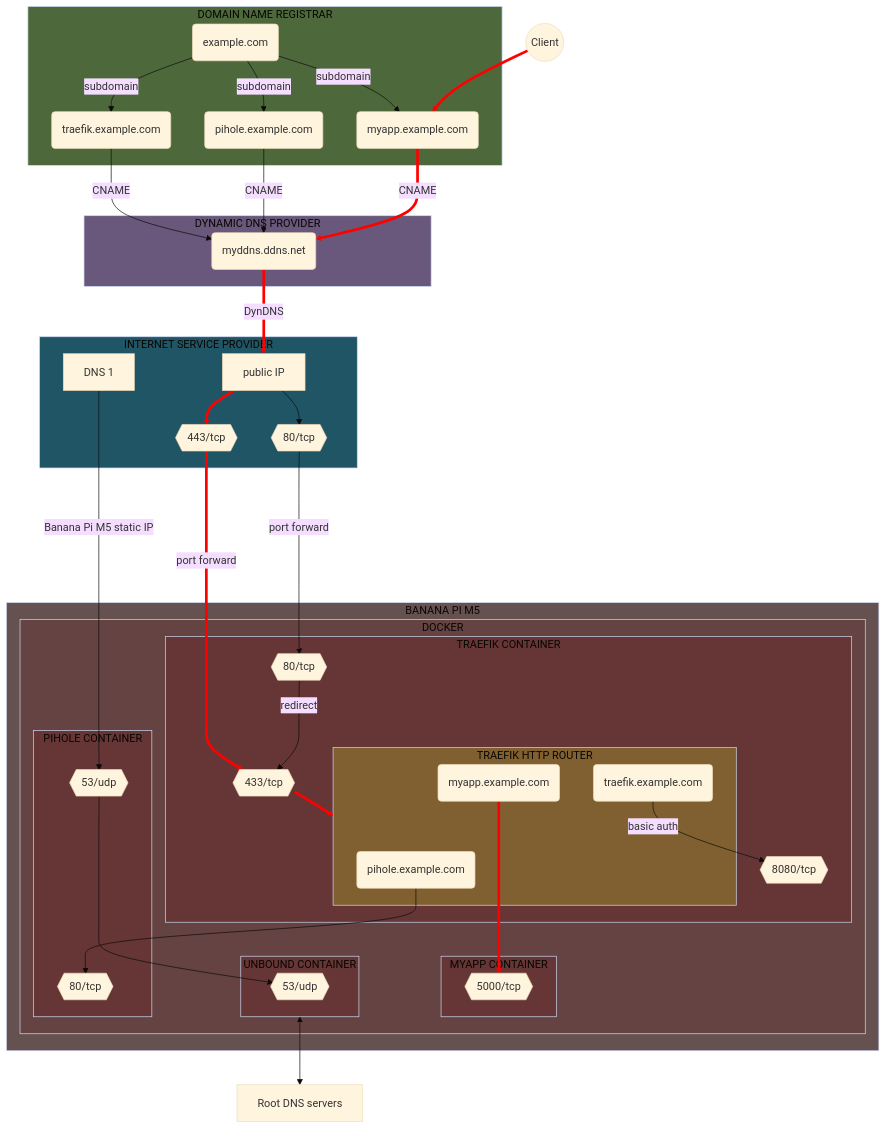
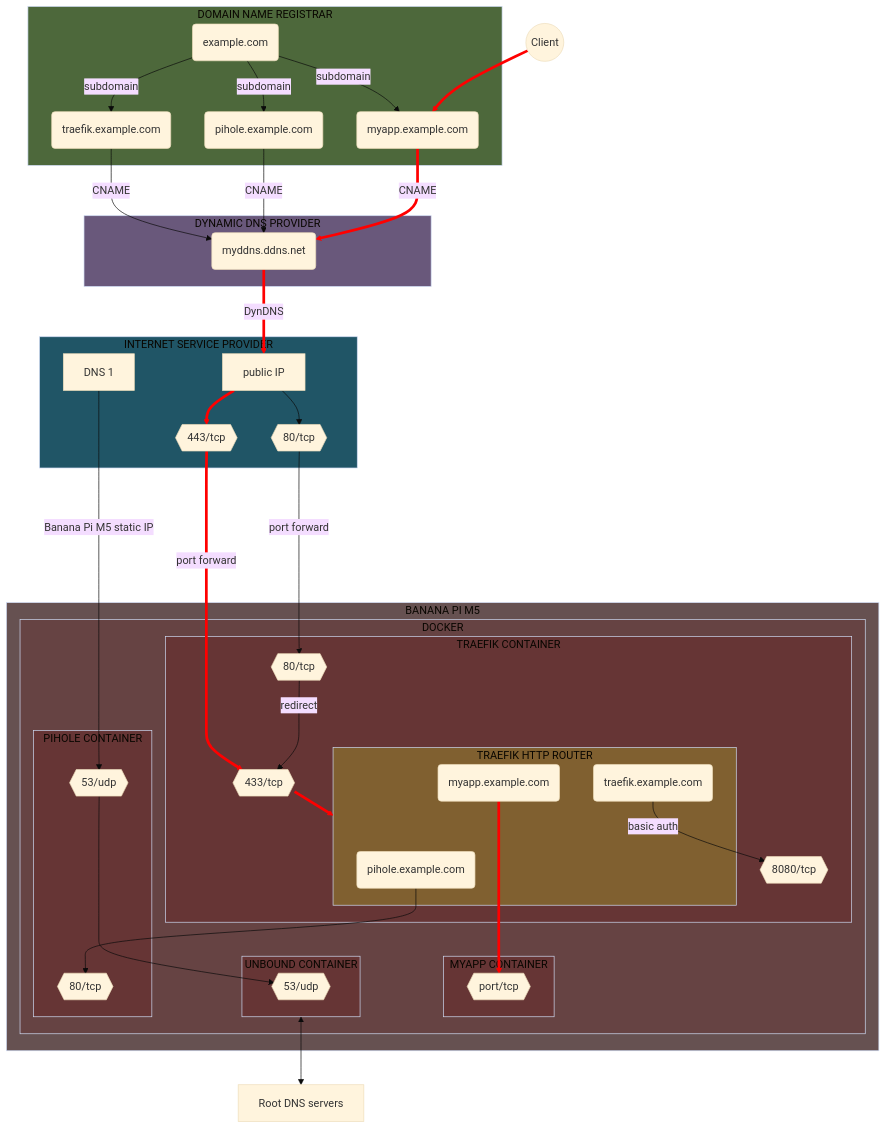
Before and after one commit to Yann39/self-hosted: the sixth of 7 diagrams in README.md, drawn with Mermaid (base theme). The commit also changed other lines of this file, not shown here.

Commit message:
updated readme to fix VPN flowchart

```diff
--- a/README.md
+++ b/README.md
@@ -1230,7 +1230,7 @@
     DOCKER_TRAEFIK_PORT443{{433/tcp}}
     DOCKER_TRAEFIK_PORT80{{80/tcp}}
     DOCKER_TRAEFIK_PORT8080{{8080/tcp}}
-    DOCKER_MYAPP_PORT5000{{5000/tcp}}
+    DOCKER_MYAPP_PORT{{port/tcp}}
     DOCKER_UNBOUND_PORT53{{53/udp}}
     TRAEFIK_ROUTER_PIHOLE(pihole.example.com)
     TRAEFIK_ROUTER_TRAEFIK(traefik.example.com)
@@ -1264,7 +1264,7 @@
     subgraph SINGLE_BOARD_COMPUTER[BANANA PI M5]
         subgraph CONTAINER_ENGINE[DOCKER]
             subgraph MYAPP_CONTAINER[MYAPP CONTAINER]
-                DOCKER_MYAPP_PORT5000
+                DOCKER_MYAPP_PORT
             end
 
             subgraph UNBOUND_CONTAINER[UNBOUND CONTAINER]
@@ -1290,8 +1290,7 @@
 
                 TRAEFIK_ROUTER_TRAEFIK -->|basic auth| DOCKER_TRAEFIK_PORT8080
                 TRAEFIK_ROUTER_PIHOLE --> DOCKER_PIHOLE_PORT80
-                TRAEFIK_ROUTER_MYAPP ---> DOCKER_MYAPP_PORT5000
-
+                TRAEFIK_ROUTER_MYAPP ---> DOCKER_MYAPP_PORT
             end
 
         end
```
